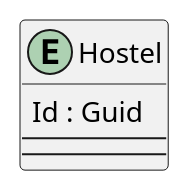
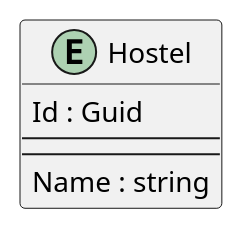
The diagram in .docs/HostelStudents.pu (intrepion/https-code-maze.com-csharp-create-better-looking-console-applications-with-spectre-console-), drawn with PlantUML before and after one commit.

```diff
--- a/.docs/HostelStudents.pu
+++ b/.docs/HostelStudents.pu
@@ -1,15 +1,16 @@
 @startuml
 
 entity Hostel {
     Id : Guid
     --
     ' HostelKeyCodePlaceholder
     --
+    Name : string
     ' HostelPropertyCodePlaceholder
 }
 
 ' EntityCodePlaceholder
 
 ' RelationshipCodePlaceholder
 
 @enduml
```
